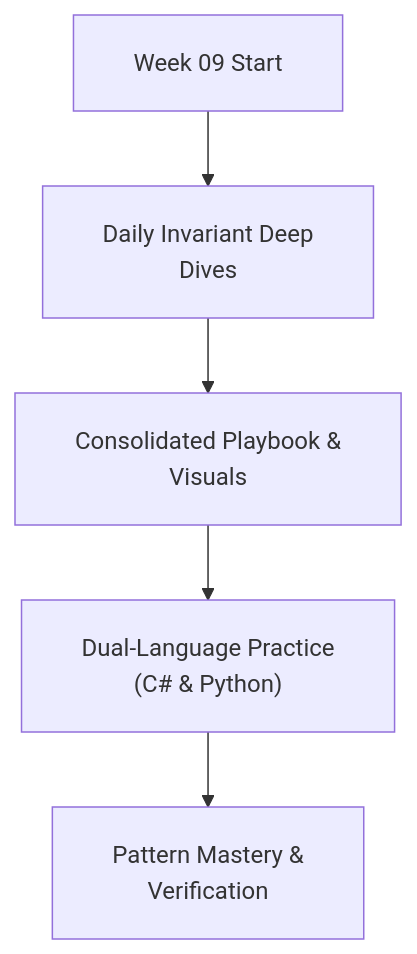
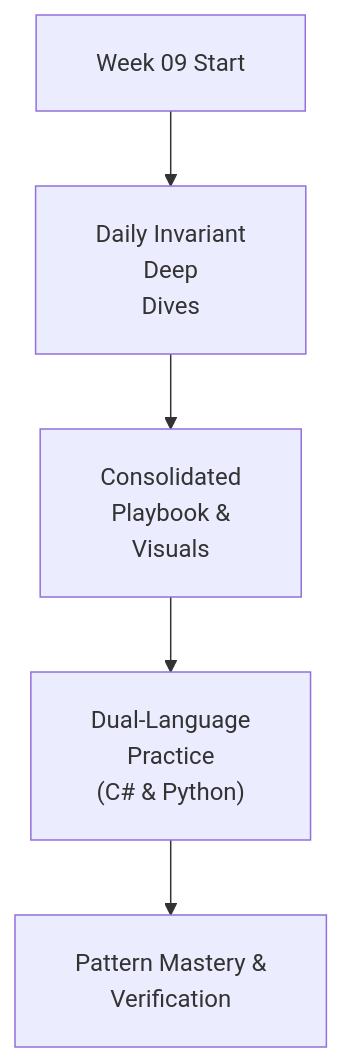
The diagram in week_09_graph_algorithms_i/README.md (dip4k/DSA_102), drawn with Mermaid before and after one commit. The commit also changed 106 other files, not shown here.

First line of the commit message:
fix(mermaid): prevent text clipping with foreignObject overflow and tighter line wrapping

````diff
--- a/week_09_graph_algorithms_i/README.md
+++ b/week_09_graph_algorithms_i/README.md
@@ -16,8 +16,8 @@
 ```mermaid
-%%{init: {"flowchart": {"htmlLabels": true, "padding": 20}}}%%
+%%{init: {"flowchart": {"htmlLabels": true, "padding": 20}, "themeCSS": "foreignObject { overflow: visible !important; }"}}%%
 flowchart TD
-    Start["Week 09 Start"] --> Daily["Daily Invariant Deep<br/>Dives"]
-    Daily --> Playbook["Consolidated Playbook &<br/>Visuals"]
-    Playbook --> DualLang["Dual-Language Practice<br/>(C# & Python)"]
+    Start["Week 09 Start"] --> Daily["Daily Invariant<br/>Deep<br/>Dives"]
+    Daily --> Playbook["Consolidated<br/>Playbook &<br/>Visuals"]
+    Playbook --> DualLang["Dual-Language<br/>Practice<br/>(C# & Python)"]
     DualLang --> Mastery["Pattern Mastery &<br/>Verification"]
 ```
````
